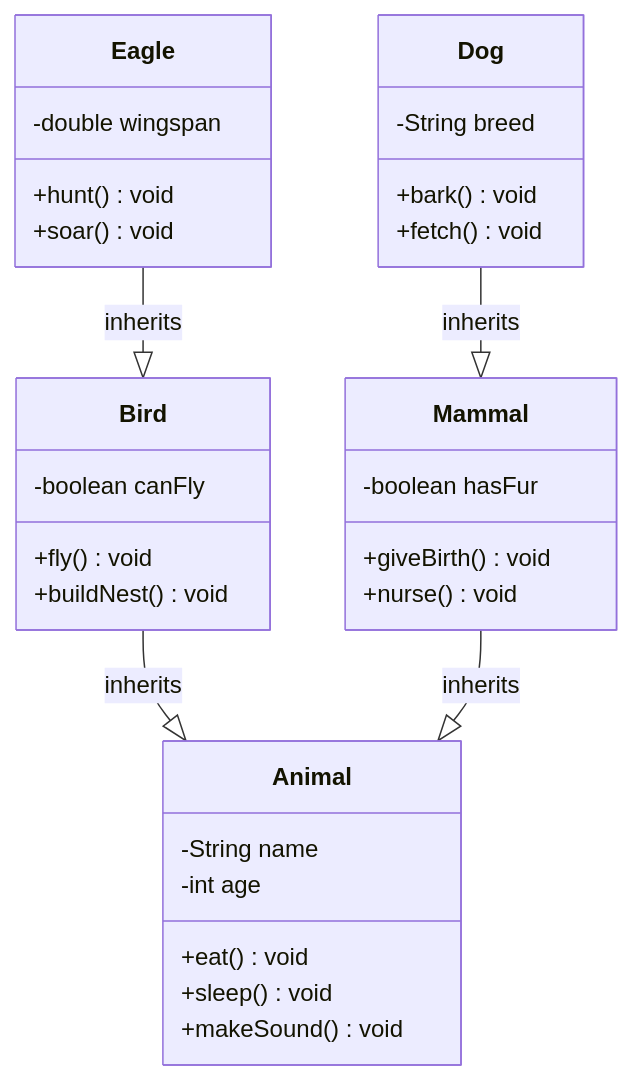
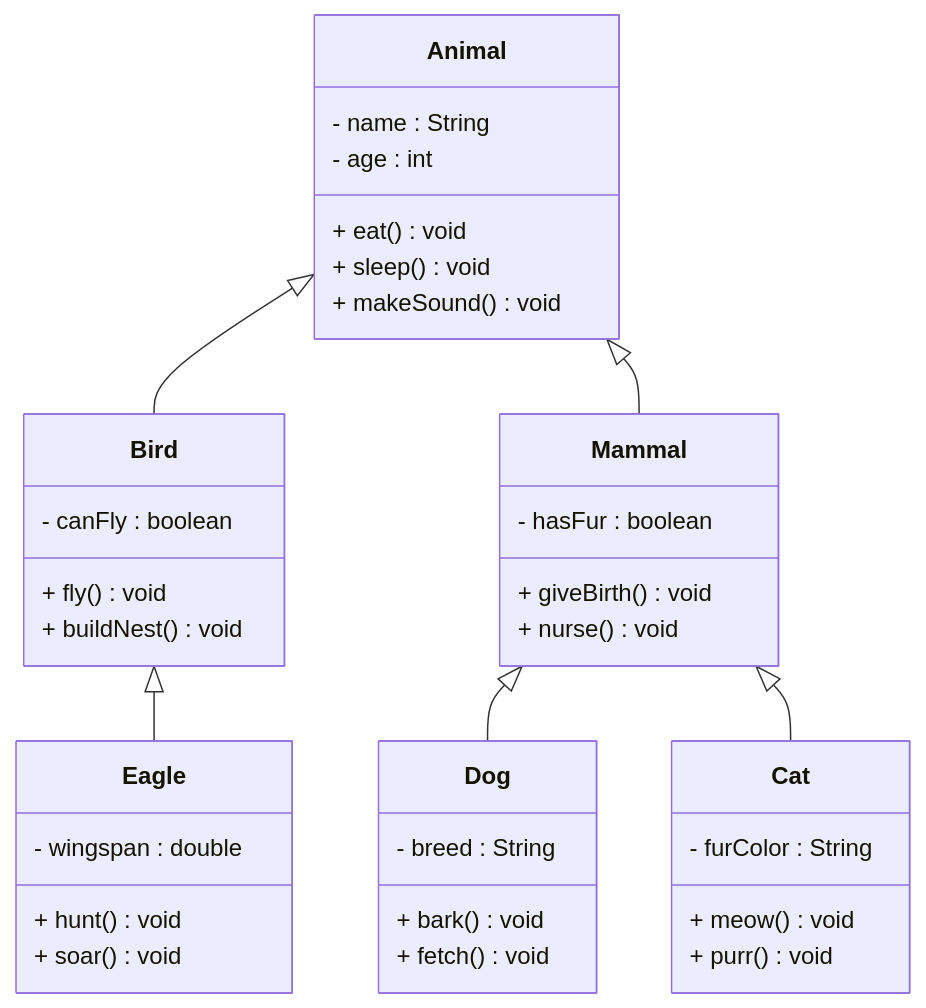
One commit to TroelsMortensen/Codelabs2 changed the second of 4 diagrams in Articles/Session 13 - Inheritance/004 UML.md. Above: the diagram before and after it, drawn with Mermaid. The commit also changed other lines of this file and 14 other files, not shown here.

````diff
--- a/Articles/Session 13 - Inheritance/004 UML.md
+++ b/Articles/Session 13 - Inheritance/004 UML.md
@@ -49,39 +56,46 @@
 ```mermaid
 classDiagram
     class Animal {
-        -String name
-        -int age
-        +eat() void
-        +sleep() void
-        +makeSound() void
+        - name : String
+        - age : int
+        + eat() void
+        + sleep() void
+        + makeSound() void
     }
     
     class Bird {
-        -boolean canFly
-        +fly() void
-        +buildNest() void
+        - canFly : boolean
+        + fly() void
+        + buildNest() void
     }
     
     class Mammal {
-        -boolean hasFur
-        +giveBirth() void
-        +nurse() void
+        - hasFur : boolean
+        + giveBirth() void
+        + nurse() void
     }
     
     class Eagle {
-        -double wingspan
-        +hunt() void
-        +soar() void
+        - wingspan : double
+        + hunt() void
+        + soar() void
     }
     
     class Dog {
-        -String breed
-        +bark() void
-        +fetch() void
+        - breed : String
+        + bark() void
+        + fetch() void
+    }
+
+    class Cat {
+        - furColor : String
+        + meow() void
+        + purr() void
     }
     
-    Bird --|> Animal : inherits
-    Mammal --|> Animal : inherits
-    Eagle --|> Bird : inherits
-    Dog --|> Mammal : inherits
+    Animal <|-- Bird    
+    Animal <|-- Mammal    
+    Bird <|-- Eagle    
+    Mammal <|-- Dog
+    Mammal <|-- Cat
 ```
````
